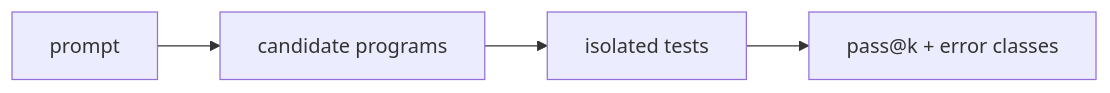
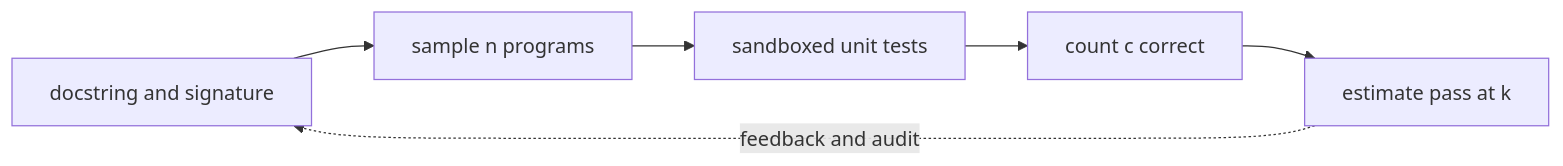
Before and after one commit to niyama-admin/learning-lab: the first of 2 diagrams in llm-learning-repository/tutorials/03-evaluation-and-code/14-humaneval.md, drawn with Mermaid. The commit also changed other lines of this file and 24 other files, not shown here.

````diff
--- a/llm-learning-repository/tutorials/03-evaluation-and-code/14-humaneval.md
+++ b/llm-learning-repository/tutorials/03-evaluation-and-code/14-humaneval.md
@@ -9,6 +22,8 @@
 ```mermaid
 flowchart LR
-  A["prompt"] --> B["candidate programs"]
-  B["candidate programs"] --> C["isolated tests"]
-  C["isolated tests"] --> D["pass@k + error classes"]
+  A["docstring and signature"] --> B["sample n programs"]
+  B --> C["sandboxed unit tests"]
+  C --> D["count c correct"]
+  D --> E["estimate pass at k"]
+  E -. feedback and audit .-> A
 ```
````
